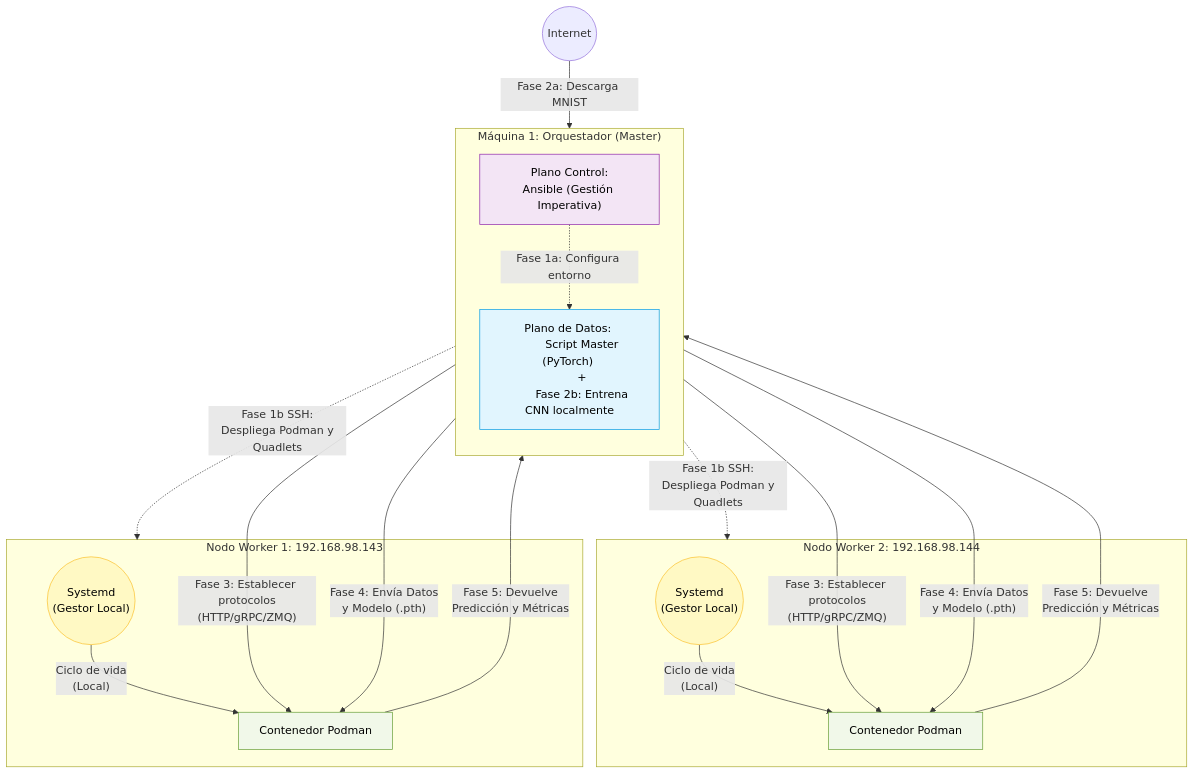
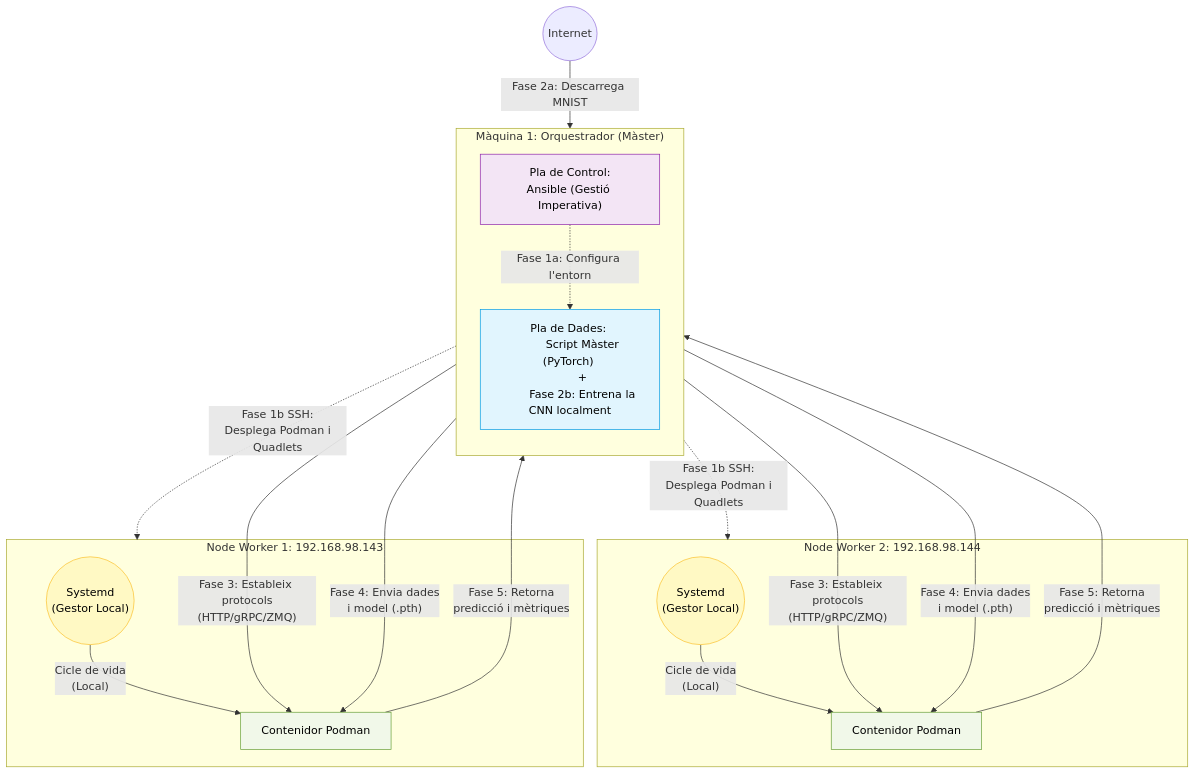
One commit to xji650/tfg-systemd-kubernetes changed the diagram in systemd/assets/flow-v2.md. Above: the diagram before and after it, drawn with Mermaid. The commit also changed 6 other files, not shown here.

Commit message:
refactor: update terminology and improve clarity in flowcharts and graphs for Systemd and Kubernetes

````diff
--- a/systemd/assets/flow-v2.md
+++ b/systemd/assets/flow-v2.md
@@ -1,57 +1,57 @@
 ``` mermaid
 flowchart TD
     Internet((Internet))
 
-    subgraph Maquina1 ["Máquina 1: Orquestador (Master)"]
+    subgraph Maquina1 ["Màquina 1: Orquestrador (Màster)"]
         direction TB
-        Ansible["Plano Control:<br>Ansible (Gestión Imperativa)"]
+        Ansible["Pla de Control:<br>Ansible (Gestió Imperativa)"]
         
-        Padre["Plano de Datos: 
-        Script Master (PyTorch) 
+        Padre["Pla de Dades: 
+        Script Màster (PyTorch) 
         + 
-        Fase 2b: Entrena CNN localmente"]
+        Fase 2b: Entrena la CNN localment"]
     end
 
     Padre ~~~ NodeA
     Padre ~~~ NodeB
 
-    subgraph NodeB ["Nodo Worker 2: 192.168.98.144"]
+    subgraph NodeB ["Node Worker 2: 192.168.98.144"]
         Sys1(("Systemd<br>(Gestor Local)"))
-        Hijo2["Contenedor Podman"]
-        Sys1 -- "Ciclo de vida<br>(Local)" --> Hijo2
+        Hijo2["Contenidor Podman"]
+        Sys1 -- "Cicle de vida<br>(Local)" --> Hijo2
     end
     
-    subgraph NodeA ["Nodo Worker 1: 192.168.98.143"]
+    subgraph NodeA ["Node Worker 1: 192.168.98.143"]
         Sys2(("Systemd<br>(Gestor Local)"))
-        Hijo1["Contenedor Podman"]
-        Sys2 -- "Ciclo de vida<br>(Local)" --> Hijo1
+        Hijo1["Contenidor Podman"]
+        Sys2 -- "Cicle de vida<br>(Local)" --> Hijo1
     end
 
 
-    %% FASE 1: Aprovisionamiento
-    Ansible -. "Fase 1a: Configura entorno" .-> Padre
-    Ansible -. "Fase 1b SSH:<br> Despliega Podman y Quadlets" .-> NodeB
-    Ansible -. "Fase 1b SSH:<br> Despliega Podman y Quadlets" .-> NodeA
+    %% FASE 1: Aprovisionament
+    Ansible -. "Fase 1a: Configura l'entorn" .-> Padre
+    Ansible -. "Fase 1b SSH:<br> Desplega Podman i Quadlets" .-> NodeB
+    Ansible -. "Fase 1b SSH:<br> Desplega Podman i Quadlets" .-> NodeA
 
-    %% FASE 2: Modelo IA
-    Internet -- "Fase 2a: Descarga MNIST" --> Padre
+    %% FASE 2: Model d'IA
+    Internet -- "Fase 2a: Descarrega MNIST" --> Padre
 
-    %% FASES 3: Establecer protocolos
-    Padre -- "Fase 3: Establecer protocolos<br>(HTTP/gRPC/ZMQ)" --> Hijo2
-    Padre -- "Fase 3: Establecer protocolos<br>(HTTP/gRPC/ZMQ)" --> Hijo1
+    %% FASES 3: Establiment de protocols
+    Padre -- "Fase 3: Estableix protocols<br>(HTTP/gRPC/ZMQ)" --> Hijo2
+    Padre -- "Fase 3: Estableix protocols<br>(HTTP/gRPC/ZMQ)" --> Hijo1
 
-    %% FASES 4: Fujo de ida
-    Padre -- "Fase 4: Envía Datos<br>y Modelo (.pth)" --> Hijo2
-    Padre -- "Fase 4: Envía Datos<br>y Modelo (.pth)" --> Hijo1
+    %% FASES 4: Flux d'anada
+    Padre -- "Fase 4: Envia dades<br>i model (.pth)" --> Hijo2
+    Padre -- "Fase 4: Envia dades<br>i model (.pth)" --> Hijo1
 
-    %% FASES 5: Fujo de vuelta
-    Hijo2 -- "Fase 5: Devuelve<br>Predicción y Métricas" --> Padre
-    Hijo1 -- "Fase 5: Devuelve<br>Predicción y Métricas" --> Padre
+    %% FASES 5: Flux de tornada
+    Hijo2 -- "Fase 5: Retorna<br>predicció i mètriques" --> Padre
+    Hijo1 -- "Fase 5: Retorna<br>predicció i mètriques" --> Padre
 
     classDef control fill:#f3e5f5,stroke:#8e24aa,color:#000;
     classDef datos fill:#e1f5fe,stroke:#039be5,color:#000;
     classDef worker fill:#f1f8e9,stroke:#689f38,color:#000;
     classDef sys fill:#fff9c4,stroke:#fbc02d,color:#000;
     class Ansible control; class Padre datos; class Hijo1,Hijo2 worker; class Sys1,Sys2 sys;
     
 ```
````
